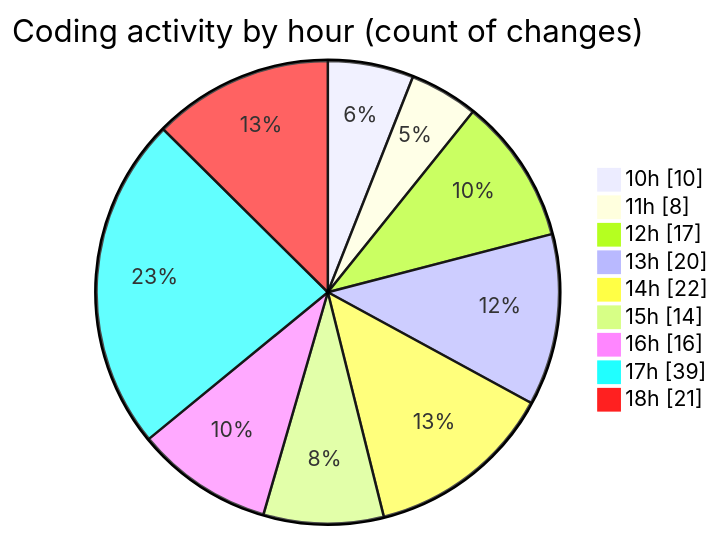
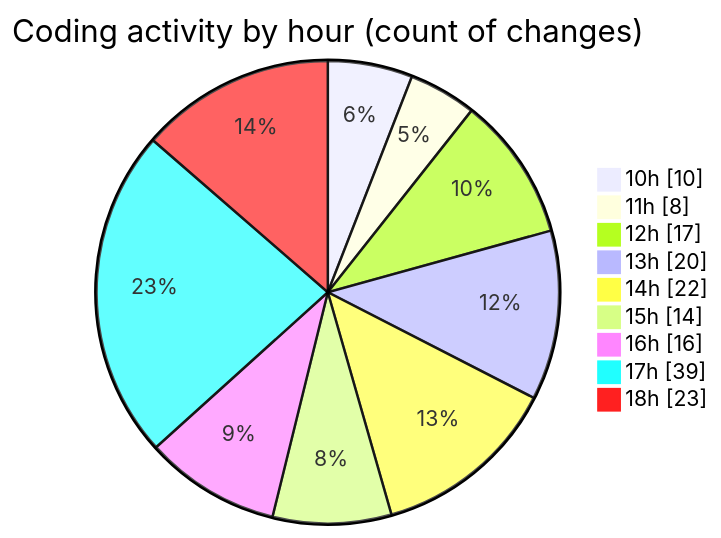
Before and after one commit to momahboobian/code-tracking: the second of 2 diagrams in 2025-12-03/cda/README.md, drawn with Mermaid. The commit also changed other lines of this file and 1 other file, not shown here.

````diff
--- a/2025-12-03/cda/README.md
+++ b/2025-12-03/cda/README.md
@@ -44,13 +44,13 @@
 ```mermaid
 pie showData
 title Coding activity by hour (count of changes)
 "10h" : 10
 "11h" : 8
 "12h" : 17
 "13h" : 20
 "14h" : 22
 "15h" : 14
 "16h" : 16
 "17h" : 39
-"18h" : 21
+"18h" : 23
 ```
````
